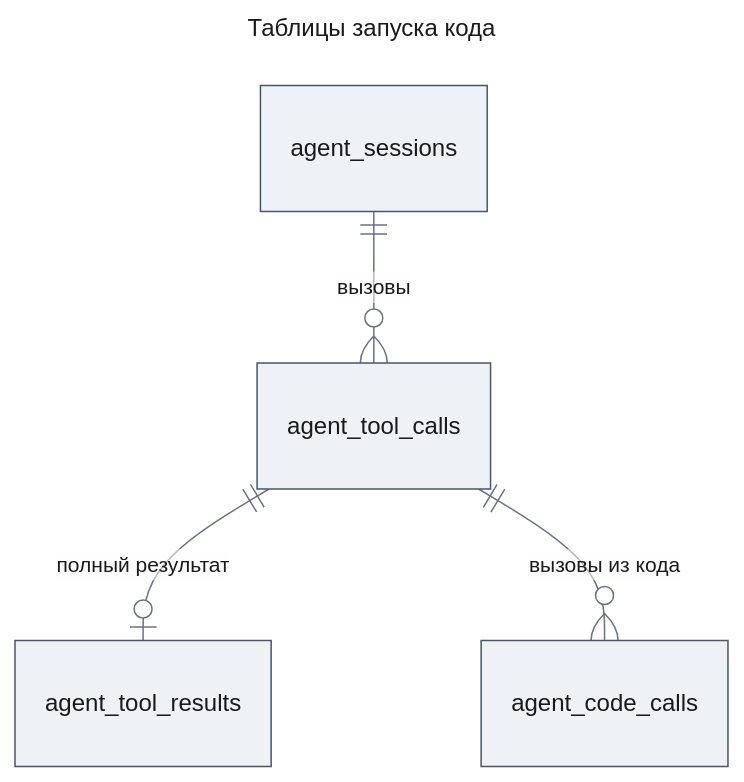
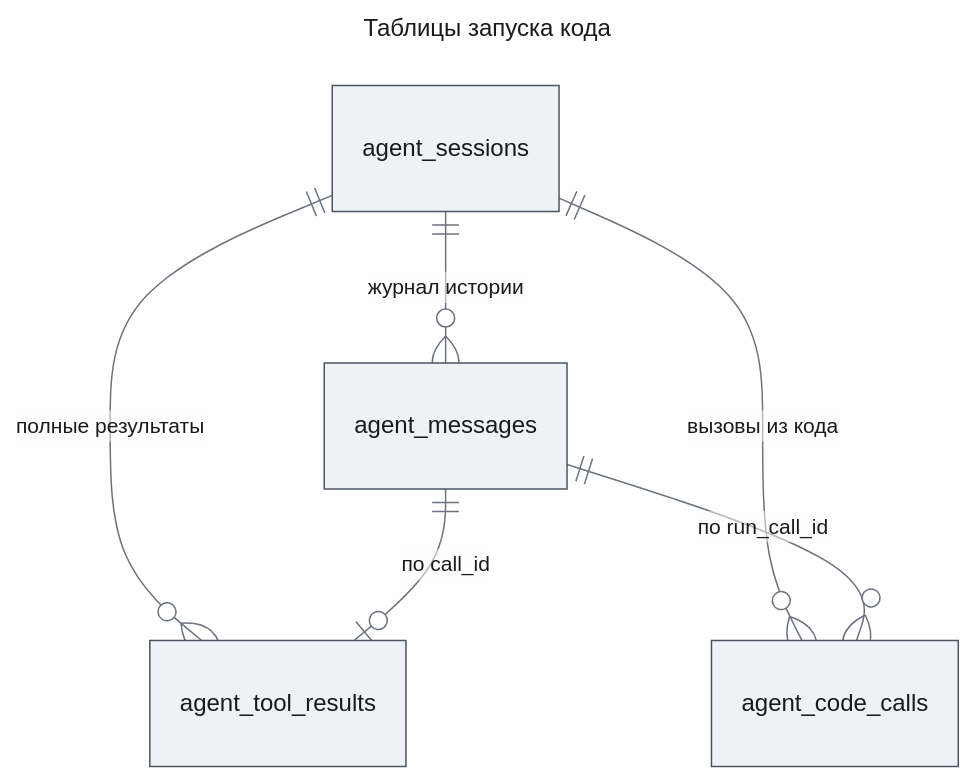
Before and after one commit to tundraray/agent-os: the tenth of 11 diagrams in docs/features/code-execution/design-code-execution.md, drawn with Mermaid. The commit also changed other lines of this file and 420 other files, not shown here.

````diff
--- a/docs/features/code-execution/design-code-execution.md
+++ b/docs/features/code-execution/design-code-execution.md
@@ -859,17 +859,19 @@
 ```mermaid
 ---
 title: "Таблицы запуска кода"
 config:
   theme: base
   look: classic
   themeVariables:
     primaryColor: "#eef1f5"
     primaryBorderColor: "#4b5563"
     primaryTextColor: "#1a1a1a"
     lineColor: "#6b7280"
 ---
 erDiagram
-    agent_sessions ||--o{ agent_tool_calls : "вызовы"
-    agent_tool_calls ||--o| agent_tool_results : "полный результат"
-    agent_tool_calls ||--o{ agent_code_calls : "вызовы из кода"
+    agent_sessions ||--o{ agent_messages : "журнал истории"
+    agent_sessions ||--o{ agent_tool_results : "полные результаты"
+    agent_sessions ||--o{ agent_code_calls : "вызовы из кода"
+    agent_messages ||--o| agent_tool_results : "по call_id"
+    agent_messages ||--o{ agent_code_calls : "по run_call_id"
 ```
````
